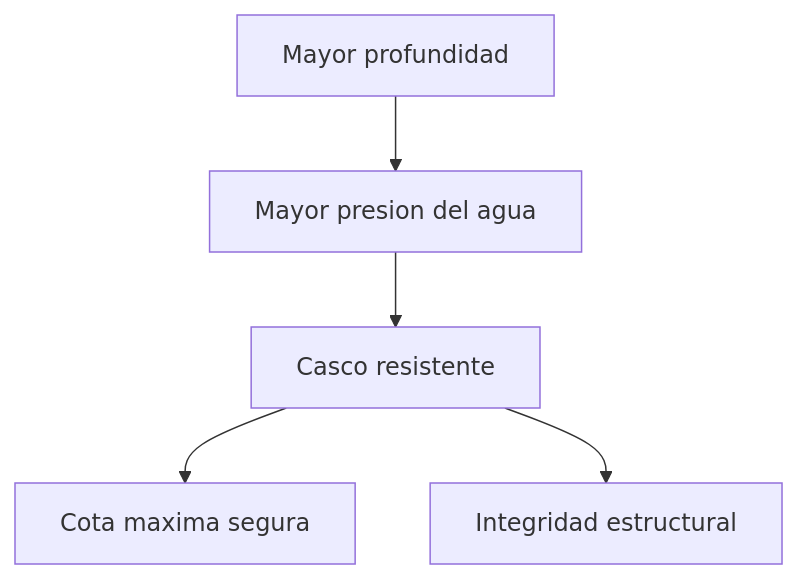
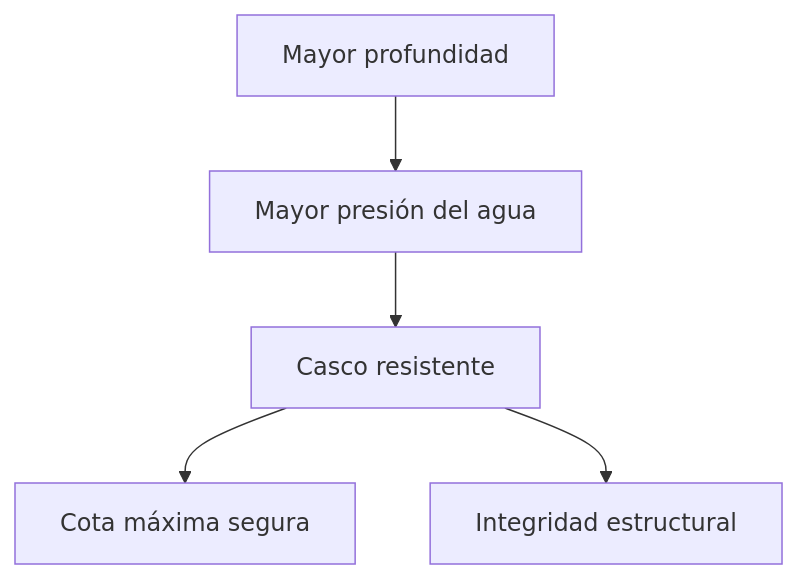
Before and after one commit to vladimiracunadev-create/machine-operator-program: the second of 2 diagrams in vehiculos/submarinos/operacion/sistemas-mecanicos-submarino.md, drawn with Mermaid. The commit also changed other lines of this file and 442 other files, not shown here.

````diff
--- a/vehiculos/submarinos/operacion/sistemas-mecanicos-submarino.md
+++ b/vehiculos/submarinos/operacion/sistemas-mecanicos-submarino.md
@@ -51,7 +51,7 @@
 ```mermaid
 flowchart TD
-    Profundidad[Mayor profundidad] --> Presion[Mayor presion del agua]
+    Profundidad[Mayor profundidad] --> Presion[Mayor presión del agua]
     Presion --> Casco[Casco resistente]
-    Casco --> Limite[Cota maxima segura]
+    Casco --> Limite[Cota máxima segura]
     Casco --> Seguridad[Integridad estructural]
 ```
````
